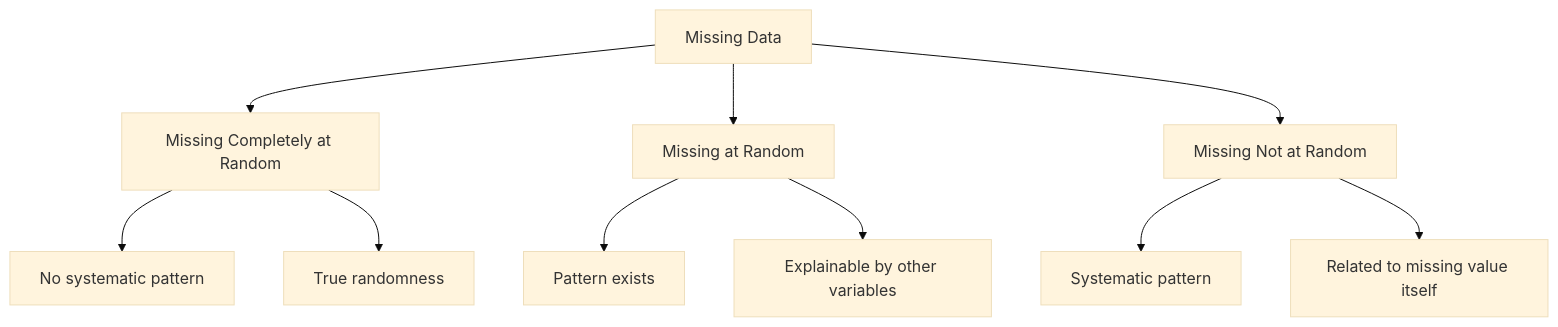
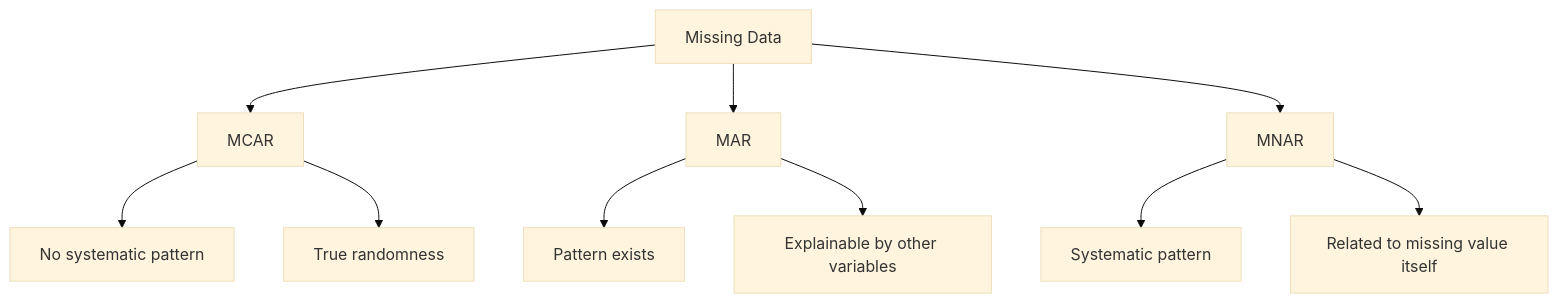
One commit to codebyshennan/dsai changed the first of 2 diagrams in docs/2-data-wrangling/2.2-data-wrangling/missing-values.md. Above: the diagram before and after it, drawn with Mermaid (base theme). The commit also changed other lines of this file and 223 other files, not shown here.

````diff
--- a/docs/2-data-wrangling/2.2-data-wrangling/missing-values.md
+++ b/docs/2-data-wrangling/2.2-data-wrangling/missing-values.md
@@ -29,15 +29,12 @@
 ```mermaid
 graph TD
     A[Missing Data] --> B[MCAR]
+    B --> B1[No systematic pattern]
+    B --> B2[True randomness]
     A --> C[MAR]
+    C --> C1[Pattern exists]
+    C --> C2[Explainable by other variables]
     A --> D[MNAR]
-    
-    B[Missing Completely at Random] --> B1[No systematic pattern]
-    B --> B2[True randomness]
-    
-    C[Missing at Random] --> C1[Pattern exists]
-    C --> C2[Explainable by other variables]
-    
-    D[Missing Not at Random] --> D1[Systematic pattern]
+    D --> D1[Systematic pattern]
     D --> D2[Related to missing value itself]
 ```
````
